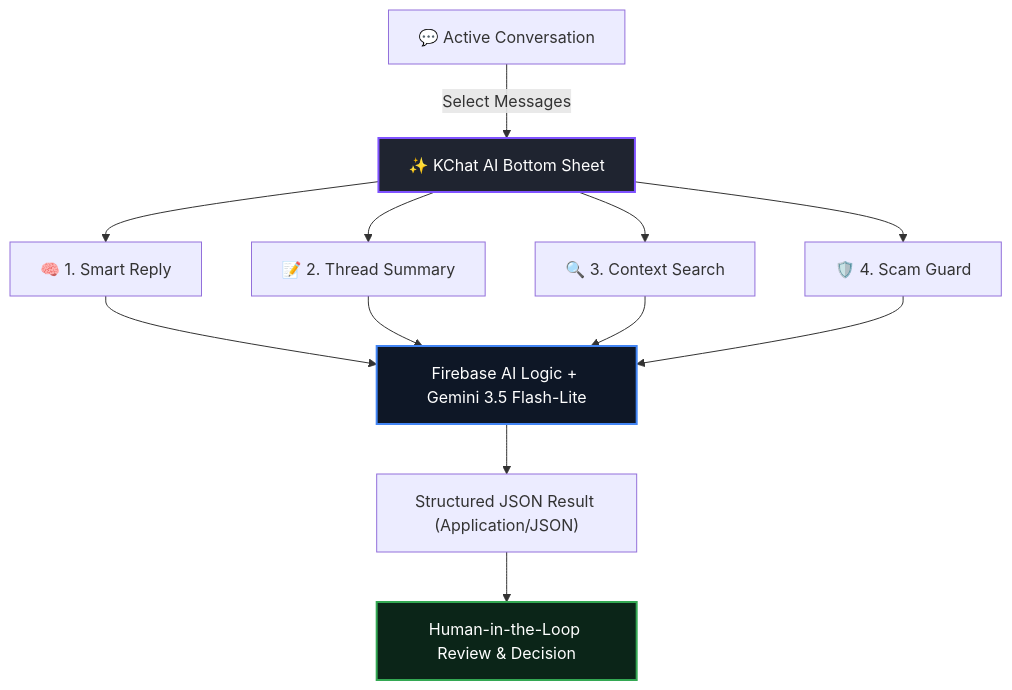
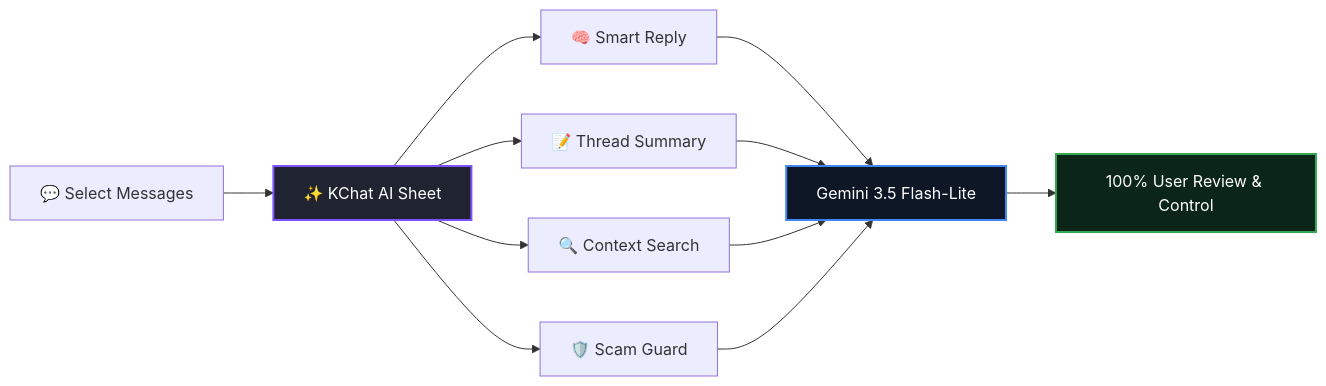
Before and after one commit to programmer-kunal/KChat: the first of 2 diagrams in README.md, drawn with Mermaid. The commit also changed other lines of this file, not shown here.

````diff
--- a/README.md
+++ b/README.md
@@ -130,20 +73,14 @@
 ```mermaid
-graph TD
-    A["💬 Active Conversation"] -->|Select Messages| B["✨ KChat AI Bottom Sheet"]
-    B --> C["🧠 1. Smart Reply"]
-    B --> D["📝 2. Thread Summary"]
-    B --> E["🔍 3. Context Search"]
-    B --> F["🛡️ 4. Scam Guard"]
-    
-    C --> G["Firebase AI Logic + Gemini 3.5 Flash-Lite"]
-    D --> G
-    E --> G
-    F --> G
-    
-    G --> H["Structured JSON Result (Application/JSON)"]
-    H --> I["Human-in-the-Loop Review & Decision"]
+flowchart LR
+    A["💬 Select Messages"] --> B["✨ KChat AI Sheet"]
+    B --> C["🧠 Smart Reply"]
+    B --> D["📝 Thread Summary"]
+    B --> E["🔍 Context Search"]
+    B --> F["🛡️ Scam Guard"]
+    C & D & E & F --> G["Gemini 3.5 Flash-Lite"]
+    G --> H["100% User Review & Control"]
 
     style B fill:#1F2430,stroke:#7F52FF,stroke-width:2px,color:#FFFFFF
     style G fill:#0E1726,stroke:#4285F4,stroke-width:2px,color:#FFFFFF
-    style I fill:#0B2518,stroke:#34A853,stroke-width:2px,color:#FFFFFF
+    style H fill:#0B2518,stroke:#34A853,stroke-width:2px,color:#FFFFFF
 ```
````
